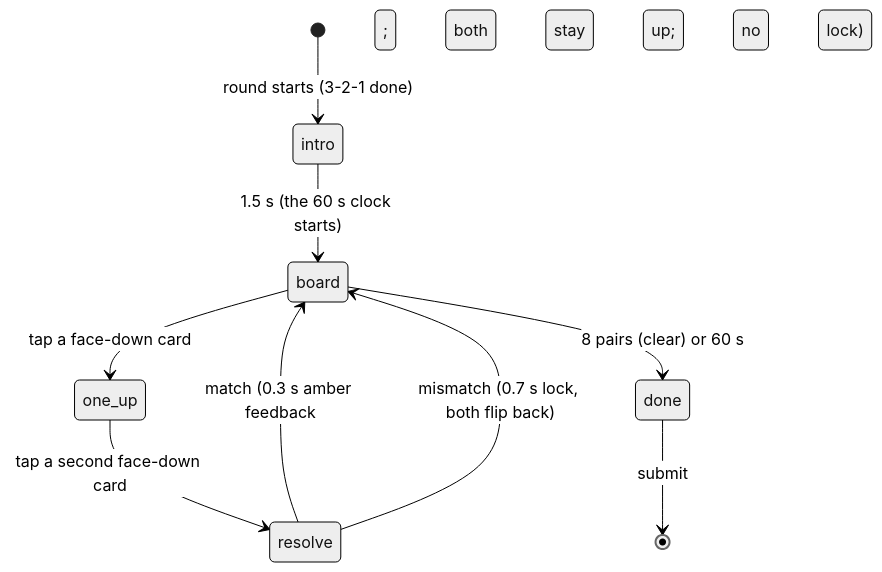
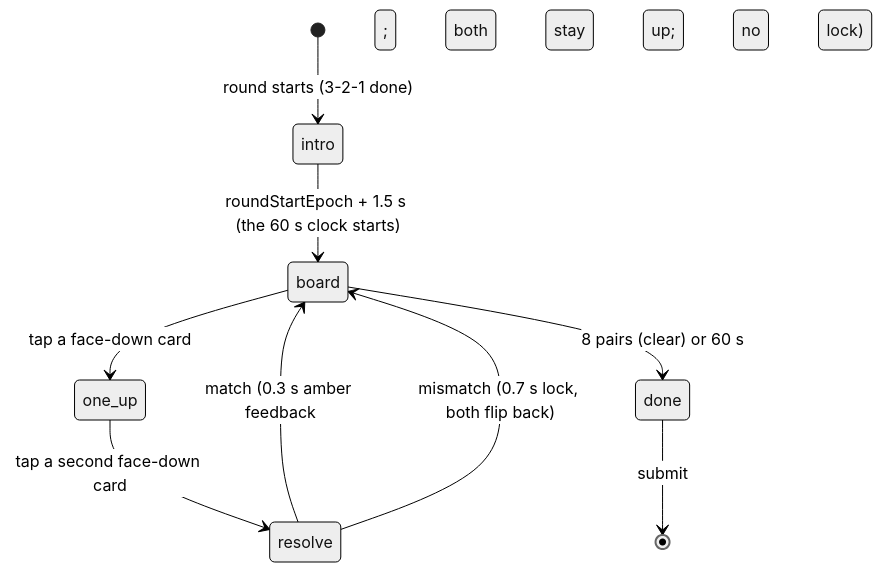
Before and after one commit to Talaljaber/GDG: the diagram in docs/games/pairs.md, drawn with Mermaid (neutral theme). The commit also changed other lines of this file and 63 other files, not shown here.

````diff
--- a/docs/games/pairs.md
+++ b/docs/games/pairs.md
@@ -28,11 +28,11 @@
 ```mermaid
 stateDiagram-v2
     [*] --> intro: round starts (3-2-1 done)
-    intro --> board: 1.5 s (the 60 s clock starts)
+    intro --> board: roundStartEpoch + 1.5 s (the 60 s clock starts)
     board --> one_up: tap a face-down card
     one_up --> resolve: tap a second face-down card
     resolve --> board: match (0.3 s amber feedback; both stay up; no lock)
     resolve --> board: mismatch (0.7 s lock, both flip back)
     board --> done: 8 pairs (clear) or 60 s
     done --> [*]: submit
 ```
````
